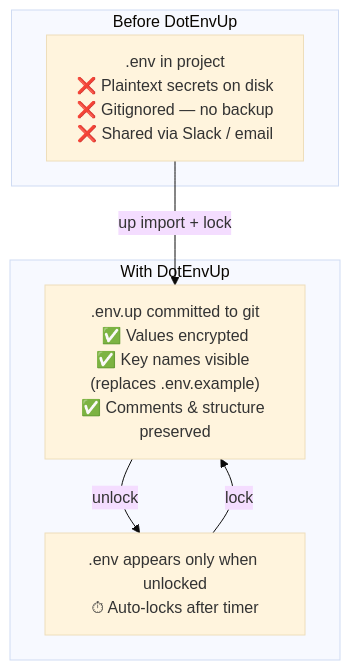
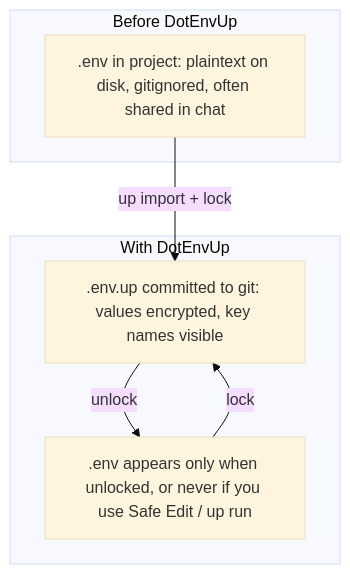
Before and after one commit to sarhej/dotenvup: the second of 5 diagrams in README.md, drawn with Mermaid (base theme). The commit also changed other lines of this file and 35 other files, not shown here.

````diff
--- a/README.md
+++ b/README.md
@@ -52,13 +78,13 @@
 ```mermaid
 graph TD
-    subgraph " Before DotEnvUp"
-        A[".env in project<br/>❌ Plaintext secrets on disk<br/>❌ Gitignored — no backup<br/>❌ Shared via Slack / email"]
+    subgraph "Before DotEnvUp"
+        A[".env in project: plaintext on disk, gitignored, often shared in chat"]
     end
-    subgraph " With DotEnvUp"
-        B[".env.up committed to git<br/>✅ Values encrypted<br/>✅ Key names visible (replaces .env.example)<br/>✅ Comments & structure preserved"]
-        C[".env appears only when unlocked<br/>⏱ Auto-locks after timer"]
+    subgraph "With DotEnvUp"
+        B[".env.up committed to git: values encrypted, key names visible"]
+        C[".env appears only when unlocked, or never if you use Safe Edit / up run"]
     end
     A -->|"up import + lock"| B
     B -->|"unlock"| C
     C -->|"lock"| B
 ```
````
